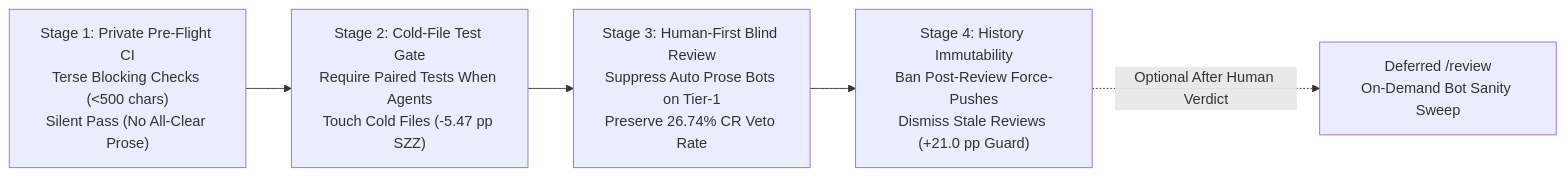
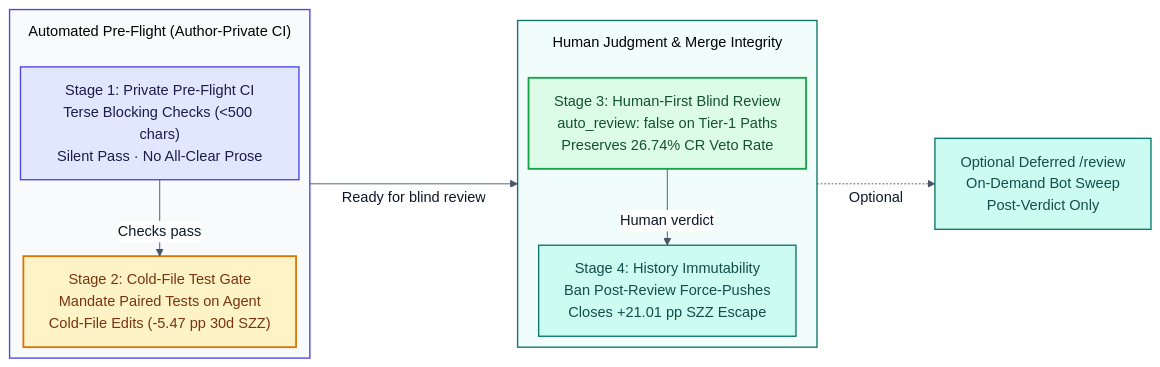
The fourth of 4 diagrams in paper/draft_v1_ieee_software.md (kumarshaz/pr-review-replication), drawn with Mermaid before and after one commit. The commit also changed other lines of this file and 2 other files, not shown here.

Commit message:
feat(paper): generate SSRN-ready preprint PDF with 4 styled Mermaid ELK figures and 3 verified tables

````diff
--- a/paper/draft_v1_ieee_software.md
+++ b/paper/draft_v1_ieee_software.md
@@ -160,7 +309,59 @@
 ```mermaid
+---
+config:
+  layout: elk
+  theme: base
+  flowchart:
+    diagramPadding: 16
+    padding: 14
+    nodeSpacing: 24
+    rankSpacing: 40
+    wrappingWidth: 250
+    subGraphTitleMargin:
+      top: 12
+      bottom: 18
+  themeVariables:
+    background: '#F8FAFC'
+    primaryColor: '#E0F2FE'
+    primaryTextColor: '#0F172A'
+    primaryBorderColor: '#0284C7'
+    lineColor: '#475569'
+    edgeLabelBackground: '#FFFFFF'
+    clusterBkg: '#F1F5F9'
+    clusterBorder: '#94A3B8'
+---
 flowchart LR
-    S1["Stage 1: Private Pre-Flight CI\nTerse Blocking Checks (<500 chars)\nSilent Pass (No All-Clear Prose)"] --> S2["Stage 2: Cold-File Test Gate\nRequire Paired Tests When Agents\nTouch Cold Files (-5.47 pp SZZ)"]
-    S2 --> S3["Stage 3: Human-First Blind Review\nSuppress Auto Prose Bots on Tier-1\nPreserve 26.74% CR Veto Rate"]
-    S3 --> S4["Stage 4: History Immutability\nBan Post-Review Force-Pushes\nDismiss Stale Reviews (+21.0 pp Guard)"]
-    S4 -.->|"Optional After Human Verdict"| S5["Deferred /review\nOn-Demand Bot Sanity Sweep"]
+    accTitle: The Inverted Four-Stage AI Pull-Request Pipeline
+    accDescr: Pull requests pass through private blocking pre-flight CI and a cold-file test gate before entering Human-First Blind Review, followed by post-review git history immutability and an optional deferred bot sweep only after the human verdict.
+
+    subgraph Pre["Automated Pre-Flight (Author-Private CI)"]
+        direction TB
+        S1["Stage 1: Private Pre-Flight CI<br/>Terse Blocking Checks (<500 chars)<br/>Silent Pass · No All-Clear Prose"]
+        S2["Stage 2: Cold-File Test Gate<br/>Mandate Paired Tests on Agent<br/>Cold-File Edits (-5.47 pp 30d SZZ)"]
+        S1 -->|"Checks pass"| S2
+    end
+
+    subgraph Gate["Human Judgment & Merge Integrity"]
+        direction TB
+        S3["Stage 3: Human-First Blind Review<br/>auto_review: false on Tier-1 Paths<br/>Preserves 26.74% CR Veto Rate"]
+        S4["Stage 4: History Immutability<br/>Ban Post-Review Force-Pushes<br/>Closes +21.01 pp SZZ Escape"]
+        S3 -->|"Human verdict"| S4
+    end
+
+    S5["Optional Deferred /review<br/>On-Demand Bot Sweep<br/>Post-Verdict Only"]
+
+    Pre -->|"Ready for blind review"| Gate
+    Gate -.->|"Optional"| S5
+
+    classDef external fill:#E0E7FF,stroke:#4F46E5,color:#1E1B4B,stroke-width:1.5px
+    classDef core fill:#FEF3C7,stroke:#D97706,color:#78350F,stroke-width:2px
+    classDef destination fill:#DCFCE7,stroke:#16A34A,color:#14532D,stroke-width:2px
+    classDef output fill:#CCFBF1,stroke:#0F766E,color:#134E4A,stroke-width:1.5px
+
+    class S1 external
+    class S2 core
+    class S3 destination
+    class S4,S5 output
+    style Pre fill:#F8FAFC,stroke:#4F46E5,stroke-width:1.5px
+    style Gate fill:#F0FDFA,stroke:#0F766E,stroke-width:1.5px
 ```
````
